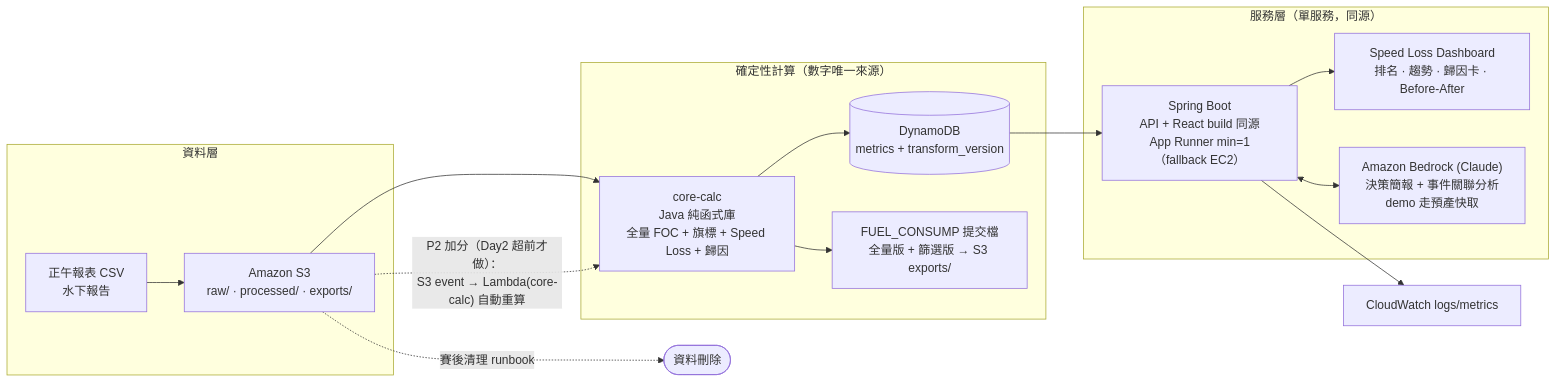
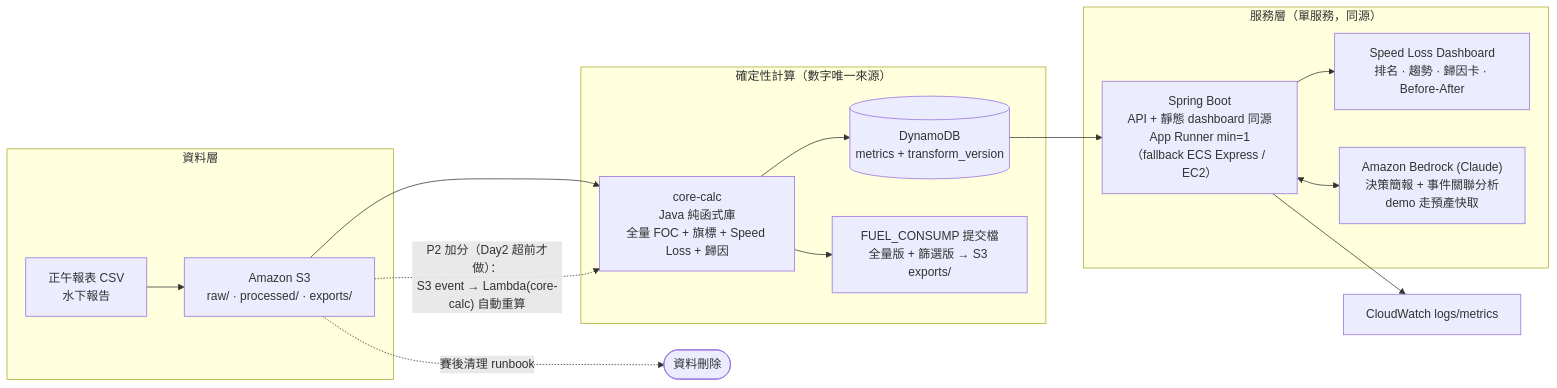
One commit to wsx5031060310guy/fleetmind-yang-ming-hackathon changed the diagram in docs/12-requirements-fit-and-final-architecture.md. Above: the diagram before and after it, drawn with Mermaid. The commit also changed 14 other files, not shown here.

````diff
--- a/docs/12-requirements-fit-and-final-architecture.md
+++ b/docs/12-requirements-fit-and-final-architecture.md
@@ -101,19 +101,19 @@
 ```mermaid
 flowchart LR
   subgraph Data["資料層"]
     A["正午報表 CSV<br/>水下報告"] --> B["Amazon S3<br/>raw/ · processed/ · exports/"]
   end
   subgraph Core["確定性計算（數字唯一來源）"]
     B --> C["core-calc<br/>Java 純函式庫<br/>全量 FOC + 旗標 + Speed Loss + 歸因"]
     C --> D[("DynamoDB<br/>metrics + transform_version")]
     C --> X["FUEL_CONSUMP 提交檔<br/>全量版 + 篩選版 → S3 exports/"]
   end
   subgraph Serve["服務層（單服務，同源）"]
-    D --> E["Spring Boot<br/>API + React build 同源<br/>App Runner min=1（fallback EC2）"]
+    D --> E["Spring Boot<br/>API + 靜態 dashboard 同源<br/>App Runner min=1（fallback ECS Express / EC2）"]
     E --> F["Speed Loss Dashboard<br/>排名 · 趨勢 · 歸因卡 · Before-After"]
     E <--> G["Amazon Bedrock (Claude)<br/>決策簡報 + 事件關聯分析<br/>demo 走預產快取"]
   end
   E --> I["CloudWatch logs/metrics"]
   B -. "P2 加分（Day2 超前才做）：<br/>S3 event → Lambda(core-calc) 自動重算" .-> C
   B -. "賽後清理 runbook" .-> Z(["資料刪除"])
 ```
````
